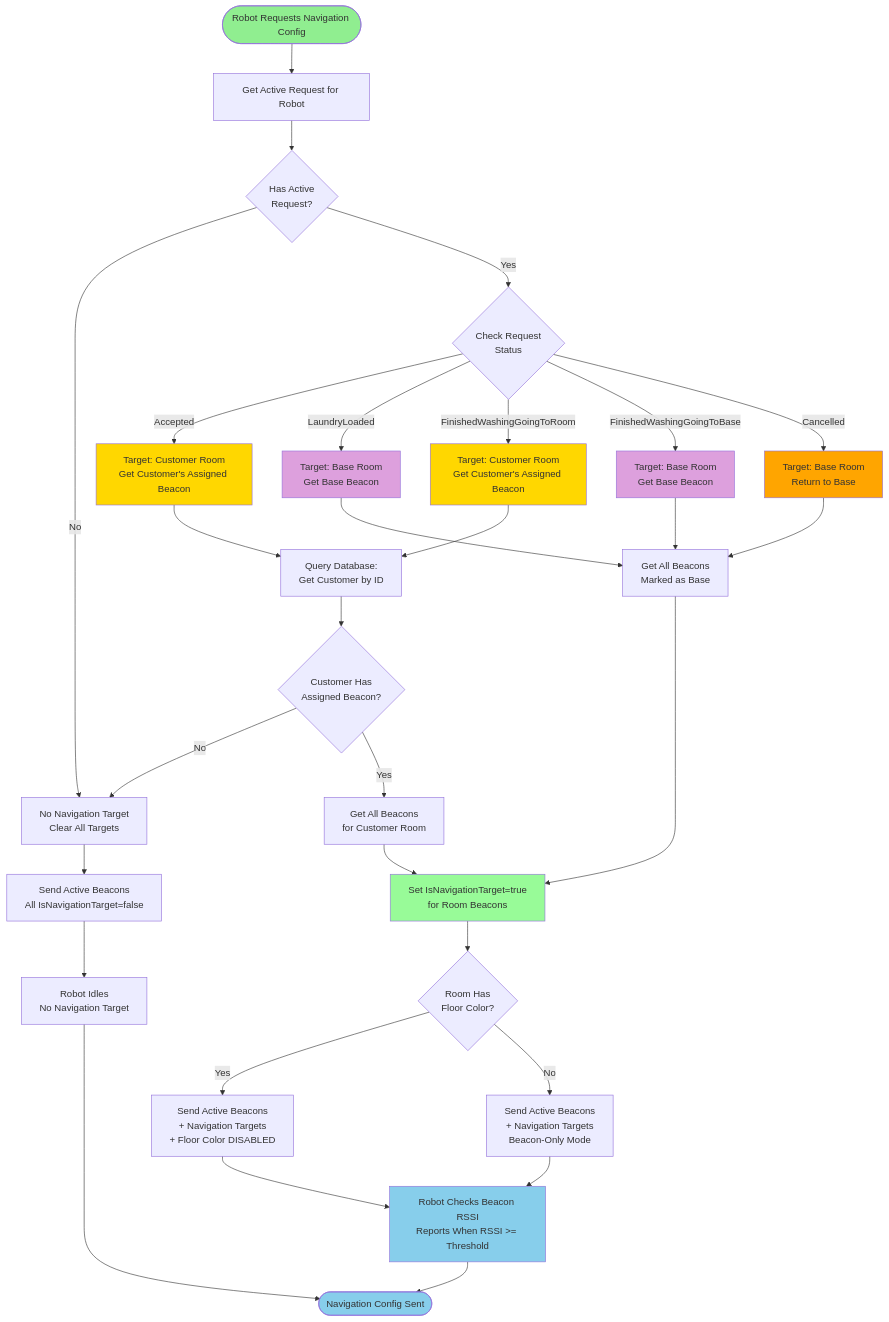
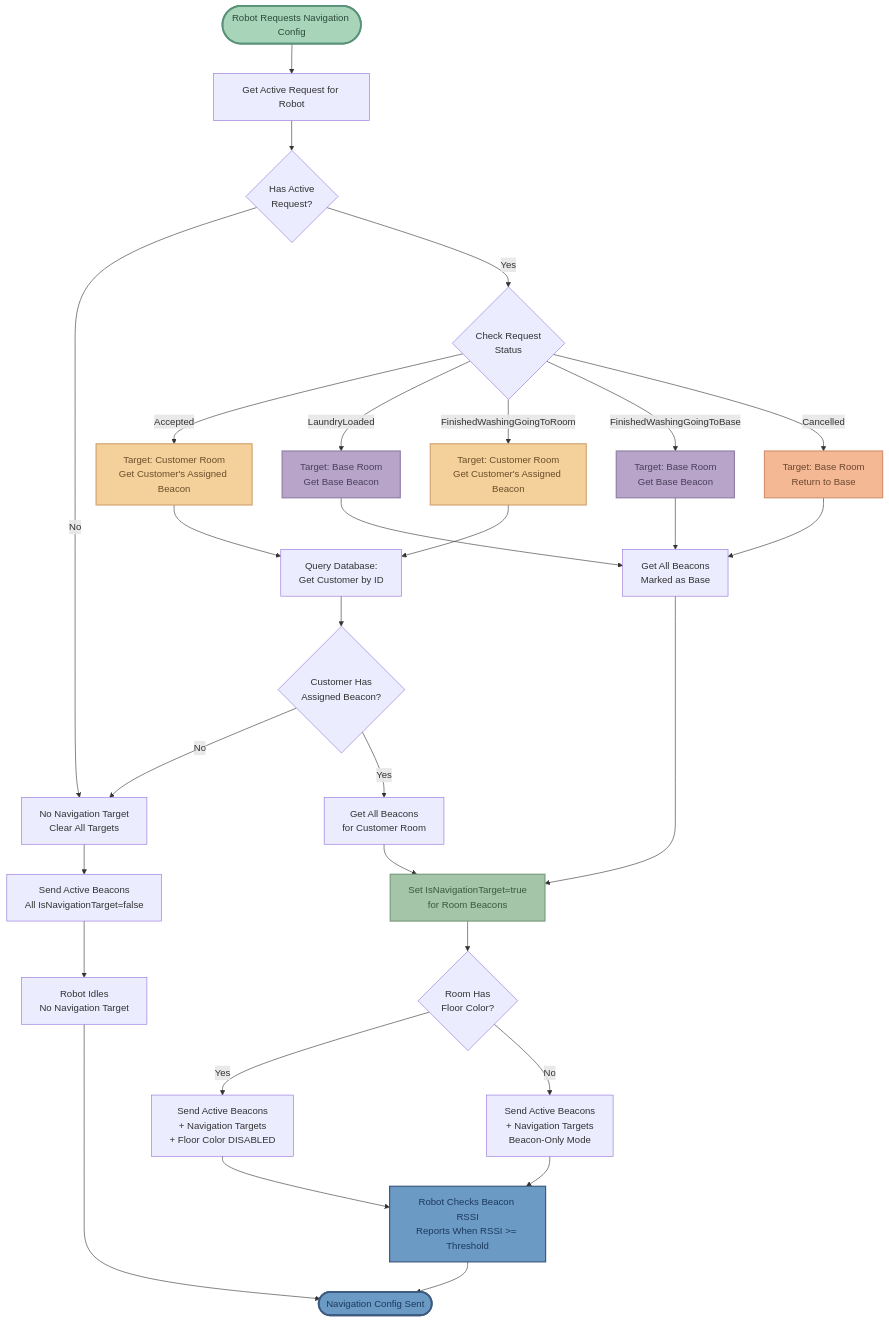
Before and after one commit to lavenderblue2/laundry-robot: the fifth of 5 diagrams in ALGORITHMS.md, drawn with Mermaid. The commit also changed other lines of this file, not shown here.

First line of the commit message:
Update flowchart colors with softer, eye-friendly palette

````diff
--- a/ALGORITHMS.md
+++ b/ALGORITHMS.md
@@ -236,52 +236,52 @@
 ```mermaid
 flowchart TD
     Start([Robot Requests Navigation Config]) --> GetRequest[Get Active Request for Robot]
 
     GetRequest --> HasRequest{Has Active<br/>Request?}
     HasRequest -->|No| NoTarget[No Navigation Target<br/>Clear All Targets]
 
     HasRequest -->|Yes| CheckStatus{Check Request<br/>Status}
 
     CheckStatus -->|Accepted| CustomerRoom[Target: Customer Room<br/>Get Customer's Assigned Beacon]
     CheckStatus -->|LaundryLoaded| BaseRoom1[Target: Base Room<br/>Get Base Beacon]
     CheckStatus -->|FinishedWashingGoingToRoom| CustomerRoom2[Target: Customer Room<br/>Get Customer's Assigned Beacon]
     CheckStatus -->|FinishedWashingGoingToBase| BaseRoom2[Target: Base Room<br/>Get Base Beacon]
     CheckStatus -->|Cancelled| BaseRoom3[Target: Base Room<br/>Return to Base]
 
     CustomerRoom --> LookupCustomer[Query Database:<br/>Get Customer by ID]
     CustomerRoom2 --> LookupCustomer
 
     LookupCustomer --> HasBeacon{Customer Has<br/>Assigned Beacon?}
     HasBeacon -->|No| NoTarget
     HasBeacon -->|Yes| GetRoomBeacons[Get All Beacons<br/>for Customer Room]
 
     BaseRoom1 --> GetBaseBeacons[Get All Beacons<br/>Marked as Base]
     BaseRoom2 --> GetBaseBeacons
     BaseRoom3 --> GetBaseBeacons
 
     GetRoomBeacons --> SetTargets[Set IsNavigationTarget=true<br/>for Room Beacons]
     GetBaseBeacons --> SetTargets
 
     SetTargets --> GetFloorColor{Room Has<br/>Floor Color?}
     GetFloorColor -->|Yes| SendWithColor[Send Active Beacons<br/>+ Navigation Targets<br/>+ Floor Color DISABLED]
     GetFloorColor -->|No| SendBeaconOnly[Send Active Beacons<br/>+ Navigation Targets<br/>Beacon-Only Mode]
 
     NoTarget --> SendEmpty[Send Active Beacons<br/>All IsNavigationTarget=false]
 
     SendWithColor --> RobotNavigates[Robot Checks Beacon RSSI<br/>Reports When RSSI >= Threshold]
     SendBeaconOnly --> RobotNavigates
     SendEmpty --> RobotIdle[Robot Idles<br/>No Navigation Target]
 
     RobotNavigates --> End([Navigation Config Sent])
     RobotIdle --> End
 
-    style Start fill:#90EE90
-    style End fill:#87CEEB
-    style CustomerRoom fill:#FFD700
-    style CustomerRoom2 fill:#FFD700
-    style BaseRoom1 fill:#DDA0DD
-    style BaseRoom2 fill:#DDA0DD
-    style BaseRoom3 fill:#FFA500
-    style SetTargets fill:#98FB98
-    style RobotNavigates fill:#87CEEB
+    style Start fill:#A8D5BA,stroke:#5A9279,stroke-width:3px,color:#2C4A3A
+    style End fill:#6B9AC4,stroke:#3D5A80,stroke-width:3px,color:#1E3A5F
+    style CustomerRoom fill:#F4D19B,stroke:#D4A574,stroke-width:2px,color:#6B4E2A
+    style CustomerRoom2 fill:#F4D19B,stroke:#D4A574,stroke-width:2px,color:#6B4E2A
+    style BaseRoom1 fill:#B8A4C9,stroke:#9181A8,stroke-width:2px,color:#4A3E5A
+    style BaseRoom2 fill:#B8A4C9,stroke:#9181A8,stroke-width:2px,color:#4A3E5A
+    style BaseRoom3 fill:#F5B895,stroke:#D49470,stroke-width:2px,color:#6B4830
+    style SetTargets fill:#A4C5A8,stroke:#7A9E7F,stroke-width:2px,color:#3A5A3F
+    style RobotNavigates fill:#6B9AC4,stroke:#3D5A80,stroke-width:2px,color:#1E3A5F
 ```
````
